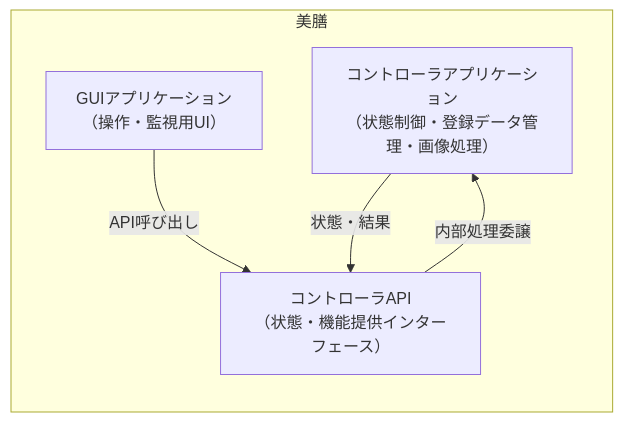
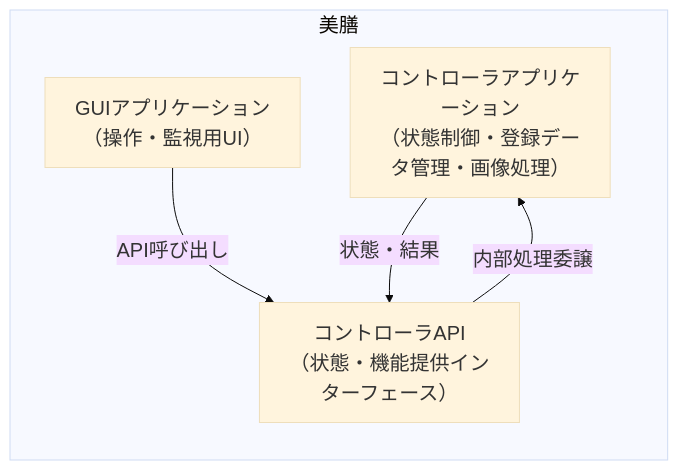
The first of 2 diagrams in src/posts/robotics/bizen/bizen_sw_architecture_with_grpc.md (mamezou-tech/mamezou-tech-site), drawn with Mermaid before and after one commit. The commit also changed other lines of this file and 1 other file, not shown here.

Commit message:
美膳全体図の追加、gRPC通信について追加情報を記載、mermaid記法のフォントサイズ指定

````diff
--- a/src/posts/robotics/bizen/bizen_sw_architecture_with_grpc.md
+++ b/src/posts/robotics/bizen/bizen_sw_architecture_with_grpc.md
@@ -45,12 +47,13 @@
 ```mermaid
+%%{init: {'theme': 'base', 'themeVariables': { 'fontSize': '20px'}}}%%
 flowchart LR
     subgraph 美膳
         ControllerApp["コントローラアプリケーション<br/>（状態制御・登録データ管理・画像処理）"]
         ControllerAPI["コントローラAPI<br/>（状態・機能提供インターフェース）"]
         GUIApp["GUIアプリケーション<br/>（操作・監視用UI）"]
     end
 
     GUIApp -->|API呼び出し| ControllerAPI
     ControllerAPI -->|内部処理委譲| ControllerApp
     ControllerApp -->|状態・結果| ControllerAPI
 ```
````
